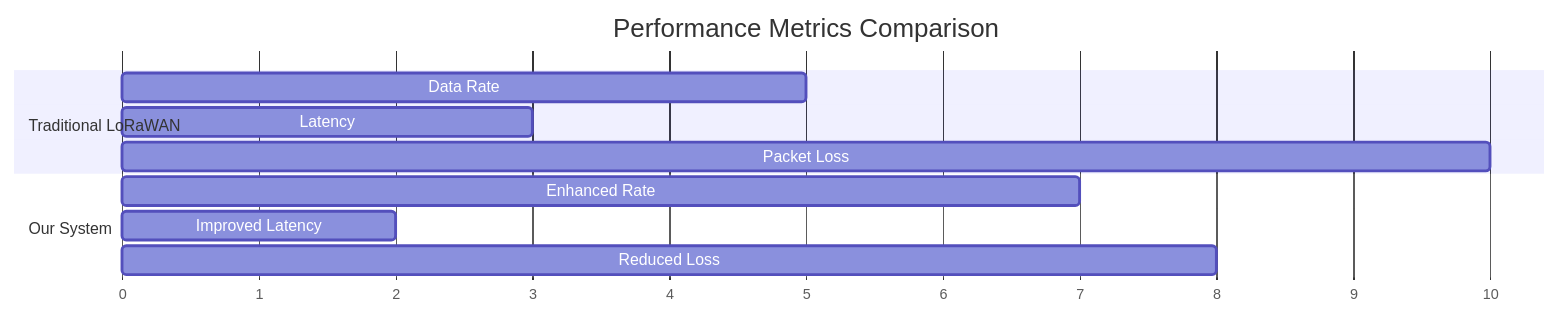
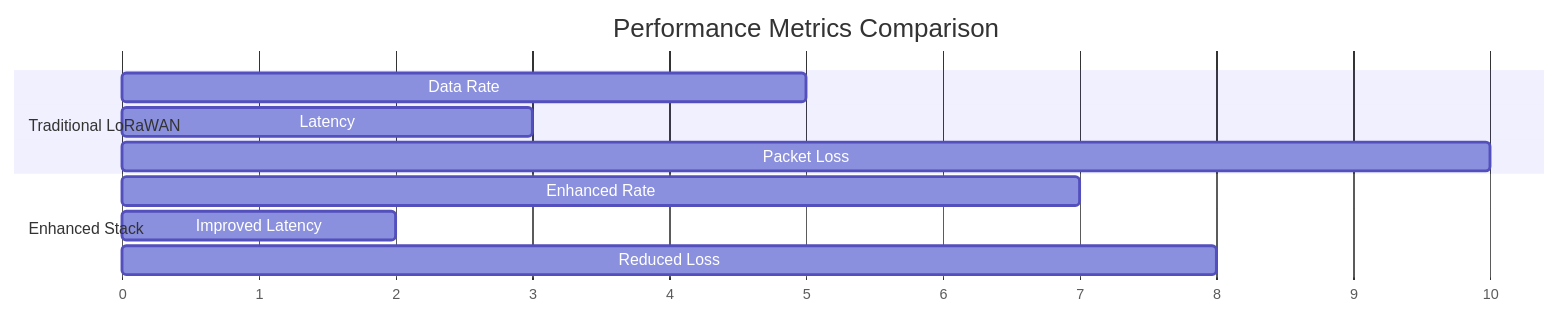
Diagram 11 of 14 in Work/Major Project/LoRa_Internet_Research_Project.md (r04nx/obsidian), drawn with Mermaid before and after one commit. The commit also changed other lines of this file and 50 other files, not shown here.

````diff
--- a/Work/Major Project/LoRa_Internet_Research_Project.md
+++ b/Work/Major Project/LoRa_Internet_Research_Project.md
@@ -267,16 +414,16 @@
 ```mermaid
 gantt
     title Performance Metrics Comparison
     dateFormat X
     axisFormat %s
     
     section Traditional LoRaWAN
     Data Rate     :0, 5
     Latency      :0, 3
     Packet Loss  :0, 10
     
-    section Our System
+    section Enhanced Stack
     Enhanced Rate :0, 7
     Improved Latency :0, 2
     Reduced Loss :0, 8
 ```
````
